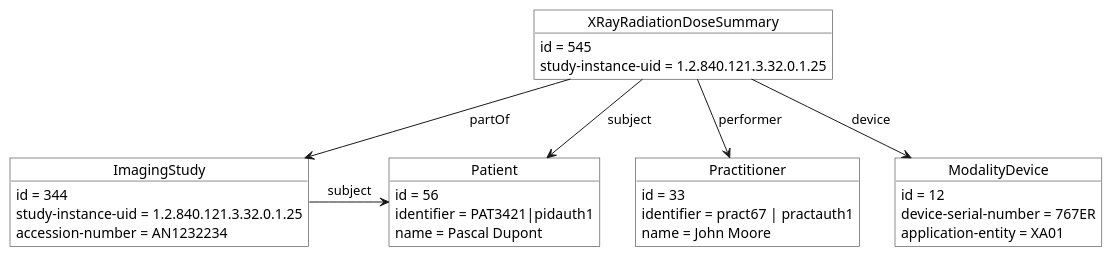
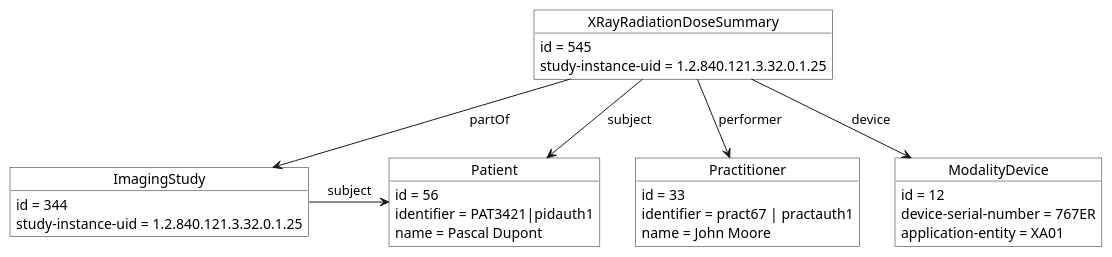
One commit to HL7/fhir-radiation-dose-summary-ig changed the diagram in input/images-source/example2.plantuml. Above: the diagram before and after it, drawn with PlantUML. The commit also changed 14 other files, not shown here.

Commit message:
fix issue related to identifiers of StudyInstanceUID and AccessionNumber

```diff
--- a/input/images-source/example2.plantuml
+++ b/input/images-source/example2.plantuml
@@ -1,39 +1,38 @@
-@startuml example2
+@startuml
 skinparam monochrome true
 
 object  XRayRadiationDoseSummary #white { 
   id = 545
   study-instance-uid = 1.2.840.121.3.32.0.1.25
 }
 
 object  Patient #white { 
   id = 56
   identifier = PAT3421|pidauth1
   name = Pascal Dupont
 }
 
 object  ImagingStudy #white { 
   id = 344
   study-instance-uid = 1.2.840.121.3.32.0.1.25
-  accession-number = AN1232234
 }
 
 object  Practitioner #white { 
   id = 33
   identifier = pract67 | practauth1
   name = John Moore
 }
 
 object  ModalityDevice #white { 
   id = 12
   device-serial-number = 767ER
   application-entity = XA01
 }
 
 
 XRayRadiationDoseSummary -d-> Patient : "subject"
 XRayRadiationDoseSummary -d-> ImagingStudy : "partOf"
 XRayRadiationDoseSummary -d-> Practitioner : "performer"
 XRayRadiationDoseSummary -d-> ModalityDevice : "device"
 ImagingStudy -> Patient : "subject"
 @enduml
```
